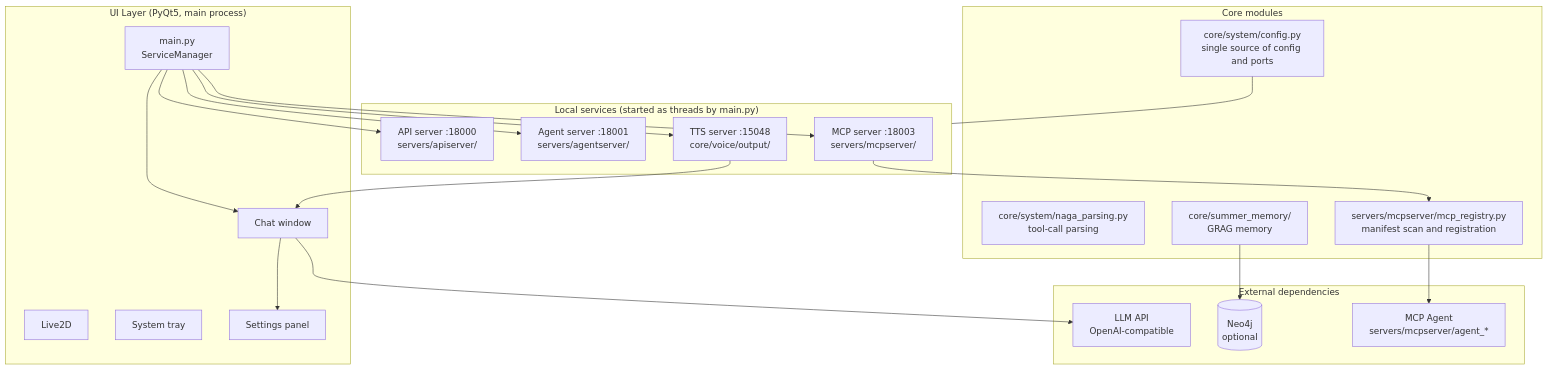
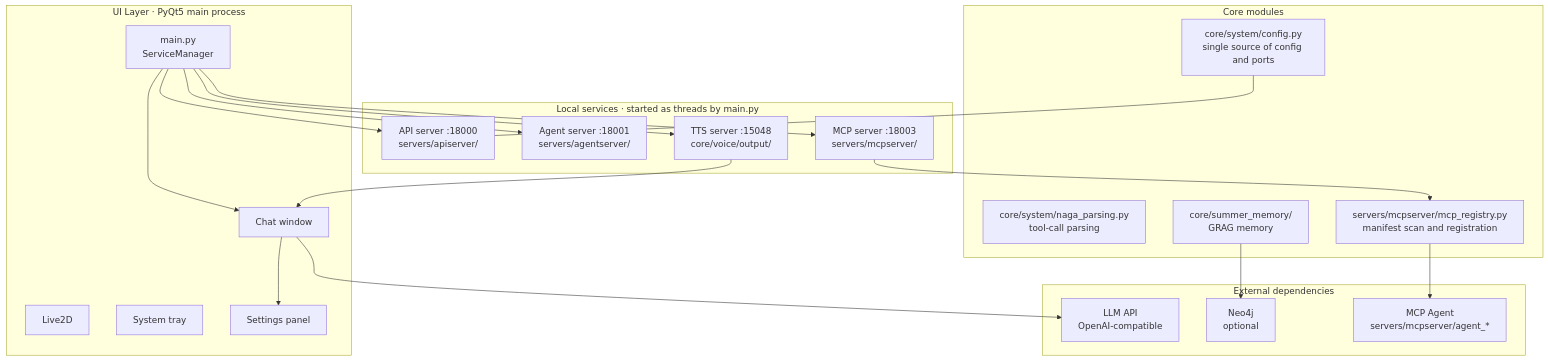
Before and after one commit to cdbge/NagaAgent: the diagram in README_en.md, drawn with Mermaid. The commit also changed 2 other files, not shown here.

Commit message:
docs: 架构图改用最保守的 mermaid 写法
GitHub 报 'Unable to render rich display'，而本地用 mermaid 9 / 10 / 12
分别 parse 都能通过 —— 属于渲染器的兼容性问题，不是硬语法错误。
把所有边缘写法换成最常见子集：

- graph TB → flowchart TB
- subgraph 标题里的括号/逗号 → 换成 · 分隔
- 圆柱形状 [("...")] → 普通矩形
- 指向 subgraph 的连线 → 改指该 subgraph 内的具体节点
- -.文字.-> → -.->|文字|

三份 README 同步，均通过 mermaid 10.9.8 与 12.2.0 校验。

````diff
--- a/README_en.md
+++ b/README_en.md
@@ -70,43 +70,43 @@
 ```mermaid
-graph TB
-    subgraph UI["UI Layer (PyQt5, main process)"]
+flowchart TB
+    subgraph UI["UI Layer · PyQt5 main process"]
         Main["main.py<br/>ServiceManager"]
         Chat["Chat window"]
         Live2D["Live2D"]
         Tray["System tray"]
         Settings["Settings panel"]
     end
 
-    subgraph Services["Local services (started as threads by main.py)"]
+    subgraph Services["Local services · started as threads by main.py"]
         API["API server :18000<br/>servers/apiserver/"]
         Agent["Agent server :18001<br/>servers/agentserver/"]
         MCP["MCP server :18003<br/>servers/mcpserver/"]
         TTS["TTS server :15048<br/>core/voice/output/"]
     end
 
     subgraph Core["Core modules"]
         Config["core/system/config.py<br/>single source of config and ports"]
         Parsing["core/system/naga_parsing.py<br/>tool-call parsing"]
         Registry["servers/mcpserver/mcp_registry.py<br/>manifest scan and registration"]
         Memory["core/summer_memory/<br/>GRAG memory"]
     end
 
     subgraph Ext["External dependencies"]
         LLM["LLM API<br/>OpenAI-compatible"]
-        Neo4j[("Neo4j<br/>optional")]
+        Neo4j["Neo4j<br/>optional"]
         Tool["MCP Agent<br/>servers/mcpserver/agent_*"]
     end
 
     Main --> Chat
     Chat --> Settings
     Main --> API
     Main --> Agent
     Main --> MCP
     Main --> TTS
-    Config --- Services
+    Config --- API
     Registry --> Tool
     MCP --> Registry
     Memory --> Neo4j
     Chat --> LLM
     TTS --> Chat
 ```
````
